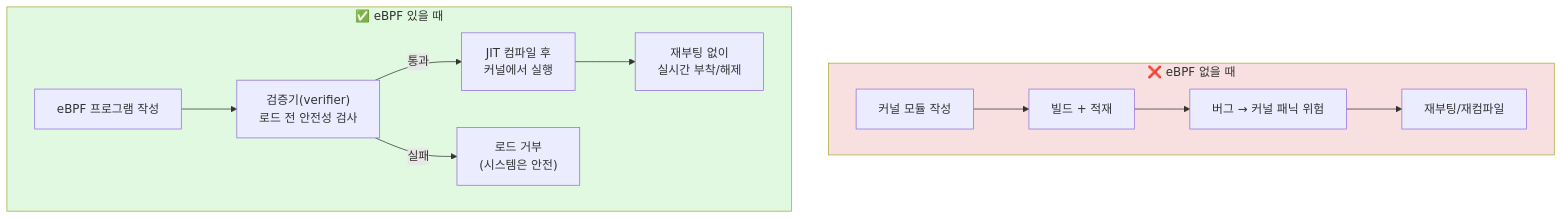
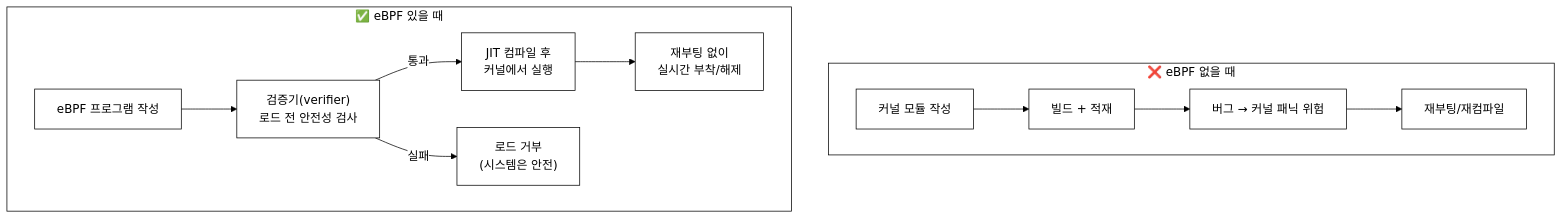
One commit to iamywl/ebpf-lab changed the third of 4 diagrams in docs/lecture/01주차_과목개요와_왜_eBPF인가.md. Above: the diagram before and after it, drawn with Mermaid. The commit also changed other lines of this file and 33 other files, not shown here.

First line of the commit message:
강의자료: 다이어그램 흑백(논문 스타일) 통일 + 실제 실행 스크린샷 삽입

````diff
--- a/docs/lecture/01주차_과목개요와_왜_eBPF인가.md
+++ b/docs/lecture/01주차_과목개요와_왜_eBPF인가.md
@@ -131,16 +133,17 @@
 ```mermaid
+%%{init: {"theme":"base","themeVariables":{"background":"#ffffff","primaryColor":"#ffffff","primaryBorderColor":"#000000","primaryTextColor":"#000000","secondaryColor":"#ffffff","secondaryBorderColor":"#000000","secondaryTextColor":"#000000","tertiaryColor":"#ffffff","tertiaryBorderColor":"#000000","tertiaryTextColor":"#000000","lineColor":"#000000","textColor":"#000000","mainBkg":"#ffffff","secondBkg":"#ffffff","clusterBkg":"#ffffff","clusterBorder":"#000000","edgeLabelBackground":"#ffffff","nodeBorder":"#000000","defaultLinkColor":"#000000","titleColor":"#000000","actorBkg":"#ffffff","actorBorder":"#000000","actorTextColor":"#000000","actorLineColor":"#000000","signalColor":"#000000","signalTextColor":"#000000","labelBoxBkgColor":"#ffffff","labelBoxBorderColor":"#000000","labelTextColor":"#000000","loopTextColor":"#000000","noteBkgColor":"#ffffff","noteBorderColor":"#000000","noteTextColor":"#000000","activationBkgColor":"#ffffff","activationBorderColor":"#000000","sequenceNumberColor":"#000000","cScale0":"#ffffff","cScale1":"#ffffff","cScale2":"#ffffff","cScale3":"#ffffff","cScale4":"#ffffff","cScale5":"#ffffff","cScale6":"#ffffff","cScale7":"#ffffff","cScale8":"#ffffff","cScale9":"#ffffff","cScale10":"#ffffff","cScale11":"#ffffff","cScaleLabel0":"#000000","cScaleLabel1":"#000000","cScaleLabel2":"#000000","cScaleLabel3":"#000000","cScaleLabel4":"#000000","cScaleLabel5":"#000000","cScaleLabel6":"#000000","cScaleLabel7":"#000000","cScaleLabel8":"#000000","cScaleLabel9":"#000000","cScaleLabel10":"#000000","cScaleLabel11":"#000000","pie1":"#ffffff","pie2":"#eeeeee","pie3":"#dddddd","pie4":"#cccccc","fontFamily":"Georgia, serif"}}}%%
 flowchart TB
     subgraph Before["❌ eBPF 없을 때"]
         B1["커널 모듈 작성"] --> B2["빌드 + 적재"]
         B2 --> B3["버그 → 커널 패닉 위험"]
         B3 --> B4["재부팅/재컴파일"]
     end
     subgraph After["✅ eBPF 있을 때"]
         A1["eBPF 프로그램 작성"] --> A2["검증기(verifier)\n로드 전 안전성 검사"]
         A2 -->|"통과"| A3["JIT 컴파일 후\n커널에서 실행"]
         A2 -->|"실패"| A4["로드 거부\n(시스템은 안전)"]
         A3 --> A5["재부팅 없이\n실시간 부착/해제"]
     end
-    style Before fill:#f9e0e0
-    style After fill:#e0f9e0
+    style Before fill:#ffffff
+    style After fill:#ffffff
 ```
````
